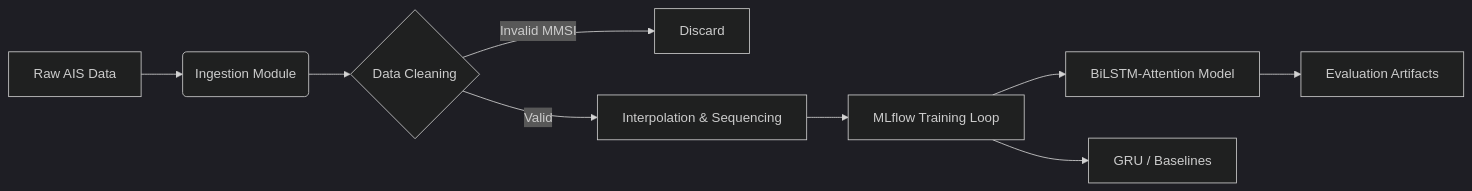
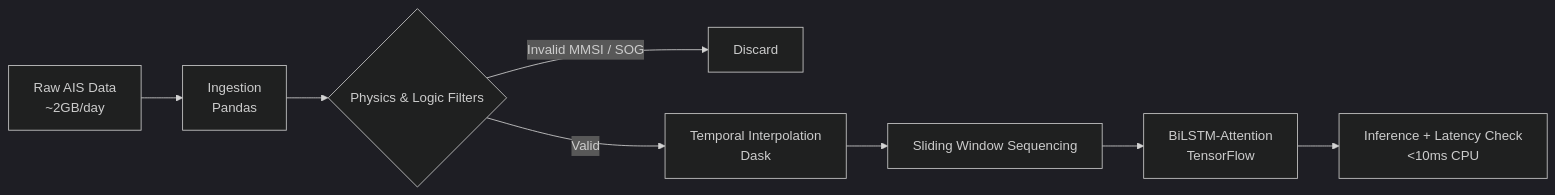
The diagram in README.md (himamuralik/Ship-trajectory-prediction-benchmarking-dissertation), drawn with Mermaid (dark theme) before and after one commit. The commit also changed other lines of this file, not shown here.

````diff
--- a/README.md
+++ b/README.md
@@ -32,11 +53,10 @@
 ```mermaid
 graph LR
-A[Raw AIS Data] --> B(Ingestion Module)
-B --> C{Data Cleaning}
-C -->|Invalid MMSI| D[Discard]
-C -->|Valid| E[Interpolation & Sequencing]
-E --> F[MLflow Training Loop]
-F --> G[BiLSTM-Attention Model]
-F --> H[GRU / Baselines]
-G --> I[Evaluation Artifacts]
+A[Raw AIS Data<br/>~2GB/day] --> B[Ingestion<br/>Pandas]
+B --> C{Physics & Logic Filters}
+C -->|Invalid MMSI / SOG| D[Discard]
+C -->|Valid| E[Temporal Interpolation<br/>Dask]
+E --> F[Sliding Window Sequencing]
+F --> G[BiLSTM-Attention<br/>TensorFlow]
+G --> H[Inference + Latency Check<br/><10ms CPU]
 ```
````
